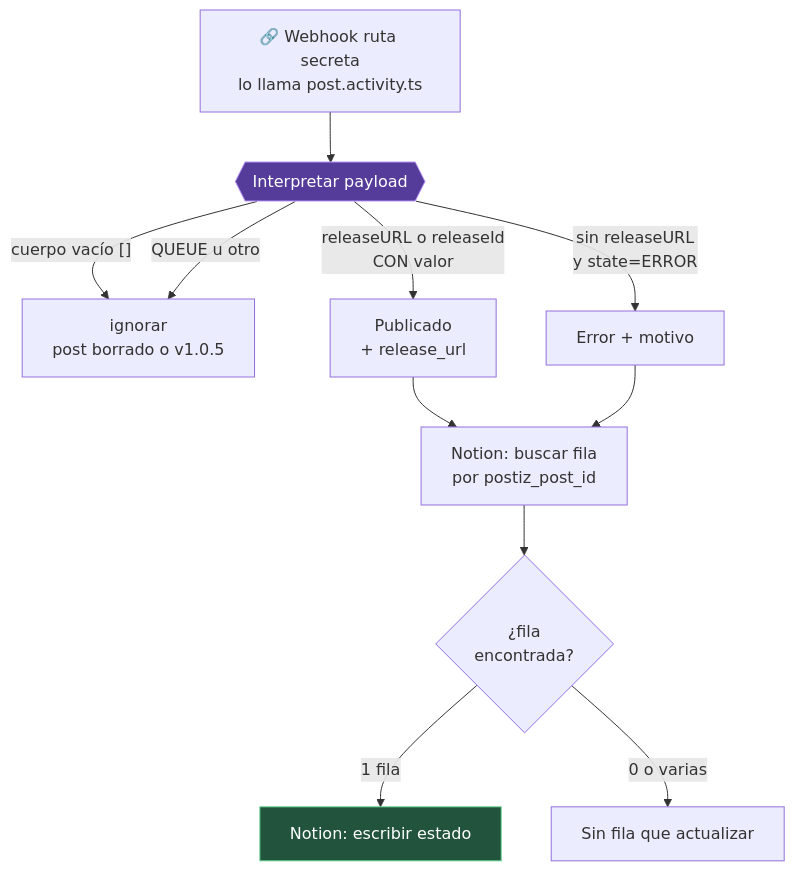
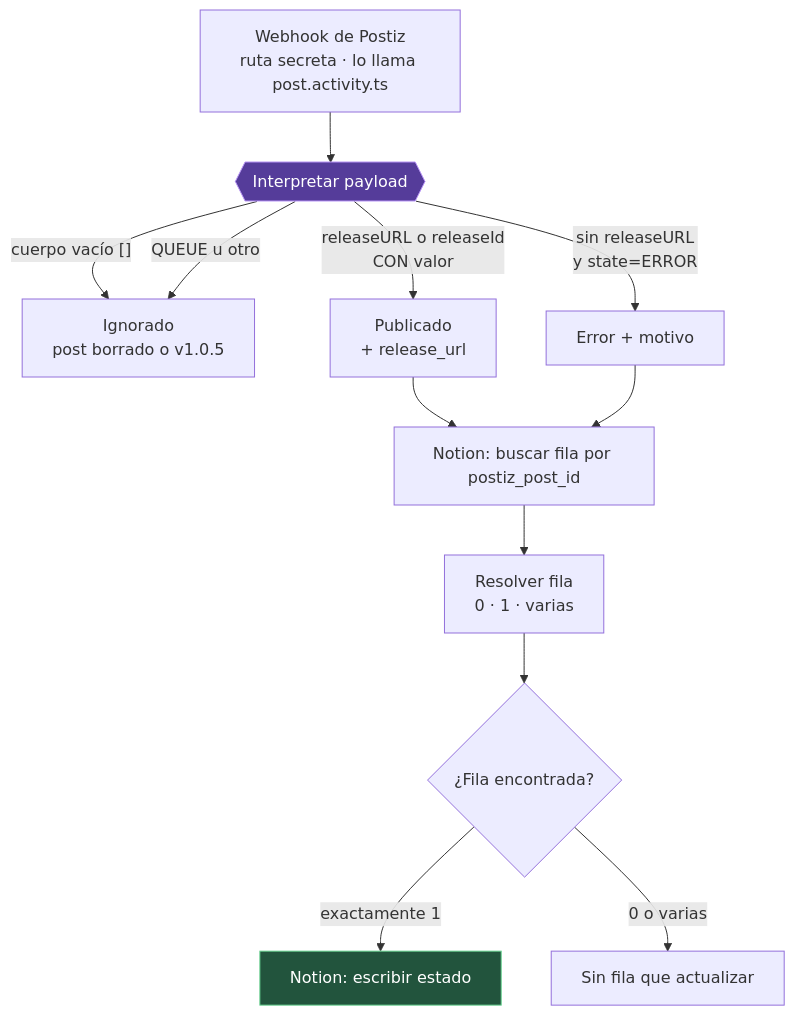
The seventh of 11 diagrams in docs/architecture/CONTENT_PIPELINE_DIAGRAMS.md (dustin-calderon/postiz-app), drawn with Mermaid before and after one commit. The commit also changed other lines of this file, not shown here.

First line of the commit message:
docs(diagramas): las cajas llevan el nombre real del nodo, para poder abrirlas en n8n

````diff
--- a/docs/architecture/CONTENT_PIPELINE_DIAGRAMS.md
+++ b/docs/architecture/CONTENT_PIPELINE_DIAGRAMS.md
@@ -233,18 +241,19 @@
 ```mermaid
 flowchart TD
-    WH["🔗 Webhook ruta secreta<br/>lo llama post.activity.ts"] --> INT{{"Interpretar payload"}}
+    WH["Webhook de Postiz<br/>ruta secreta · lo llama post.activity.ts"] --> INT{{"Interpretar payload"}}
 
-    INT -->|"cuerpo vacío []"| IGN["ignorar<br/>post borrado o v1.0.5"]
+    INT -->|"cuerpo vacío []"| IGN["Ignorado<br/>post borrado o v1.0.5"]
     INT -->|"releaseURL o releaseId<br/>CON valor"| PUB["Publicado<br/>+ release_url"]
     INT -->|"sin releaseURL<br/>y state=ERROR"| ERR["Error + motivo"]
     INT -->|"QUEUE u otro"| IGN
 
-    PUB --> BUS["Notion: buscar fila<br/>por postiz_post_id"]
+    PUB --> BUS["Notion: buscar fila por postiz_post_id"]
     ERR --> BUS
-    BUS --> RES{"¿fila<br/>encontrada?"}
-    RES -->|"1 fila"| ESC["Notion: escribir estado"]
+    BUS --> RESOL["Resolver fila<br/>0 · 1 · varias"]
+    RESOL --> RES{"¿Fila encontrada?"}
+    RES -->|"exactamente 1"| ESC["Notion: escribir estado"]
     RES -->|"0 o varias"| SF["Sin fila que actualizar"]
 
     style INT fill:#553c9a,stroke:#b794f4,color:#fff
     style ESC fill:#22543d,stroke:#68d391,color:#fff
 ```
````
